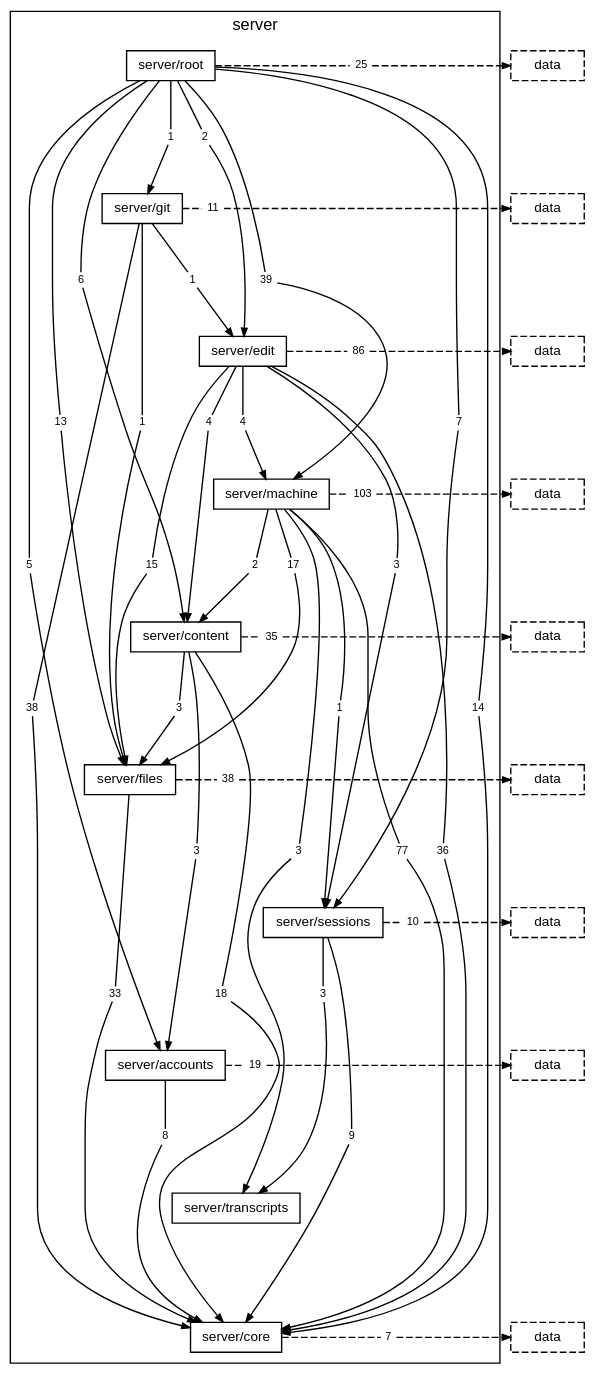
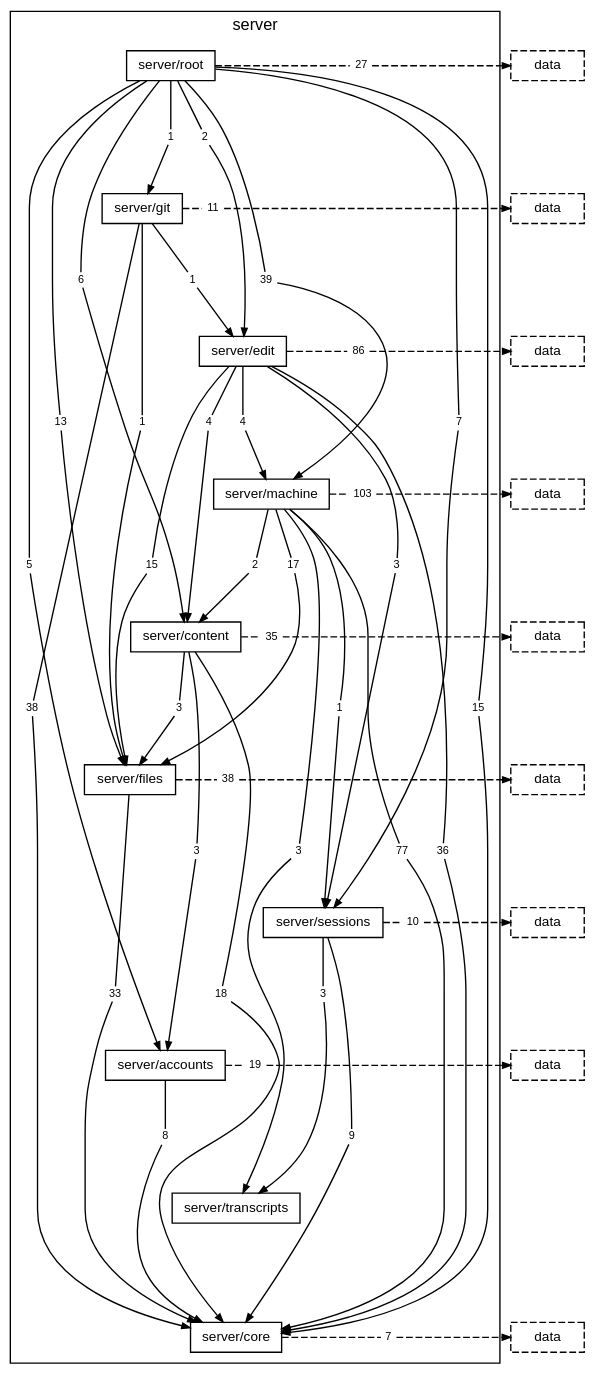
Before and after one commit to TheAxeC/oculus: the diagram in docs/diagrams/layer-server.dot, drawn with Graphviz. The commit also changed 44 other files, not shown here.

```diff
--- a/docs/diagrams/layer-server.dot
+++ b/docs/diagrams/layer-server.dot
@@ -16,13 +16,13 @@
         "folder server/core" [label="server/core"];
         "folder server/root to folder server/accounts" [label="5", shape=box, color="transparent", fontsize=8, width=0, height=0, margin="0.04,0.02"];
         "folder server/root to folder server/content" [label="6", shape=box, color="transparent", fontsize=8, width=0, height=0, margin="0.04,0.02"];
-        "folder server/root to folder server/core" [label="14", shape=box, color="transparent", fontsize=8, width=0, height=0, margin="0.04,0.02"];
+        "folder server/root to folder server/core" [label="15", shape=box, color="transparent", fontsize=8, width=0, height=0, margin="0.04,0.02"];
         "folder server/root to folder server/edit" [label="2", shape=box, color="transparent", fontsize=8, width=0, height=0, margin="0.04,0.02"];
         "folder server/root to folder server/files" [label="13", shape=box, color="transparent", fontsize=8, width=0, height=0, margin="0.04,0.02"];
         "folder server/root to folder server/git" [label="1", shape=box, color="transparent", fontsize=8, width=0, height=0, margin="0.04,0.02"];
         "folder server/root to folder server/machine" [label="39", shape=box, color="transparent", fontsize=8, width=0, height=0, margin="0.04,0.02"];
         "folder server/root to folder server/sessions" [label="7", shape=box, color="transparent", fontsize=8, width=0, height=0, margin="0.04,0.02"];
-        "folder server/root to layer data" [label="25", shape=box, color="transparent", fontsize=8, width=0, height=0, margin="0.04,0.02"];
+        "folder server/root to layer data" [label="27", shape=box, color="transparent", fontsize=8, width=0, height=0, margin="0.04,0.02"];
         "folder server/git to folder server/core" [label="38", shape=box, color="transparent", fontsize=8, width=0, height=0, margin="0.04,0.02"];
         "folder server/git to folder server/edit" [label="1", shape=box, color="transparent", fontsize=8, width=0, height=0, margin="0.04,0.02"];
         "folder server/git to folder server/files" [label="1", shape=box, color="transparent", fontsize=8, width=0, height=0, margin="0.04,0.02"];
```
